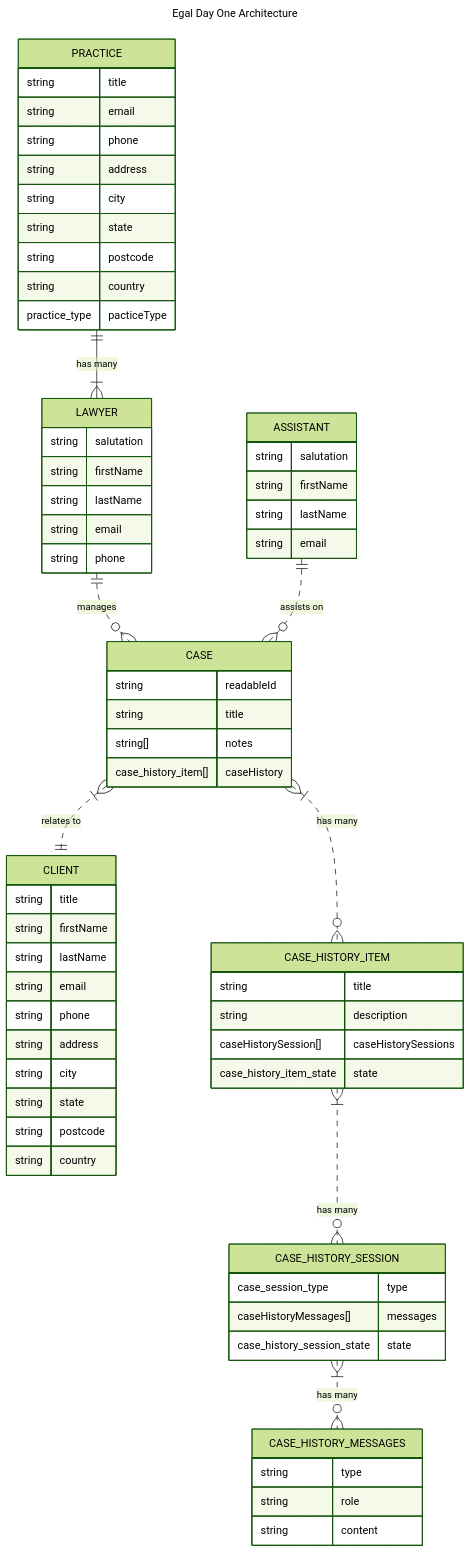
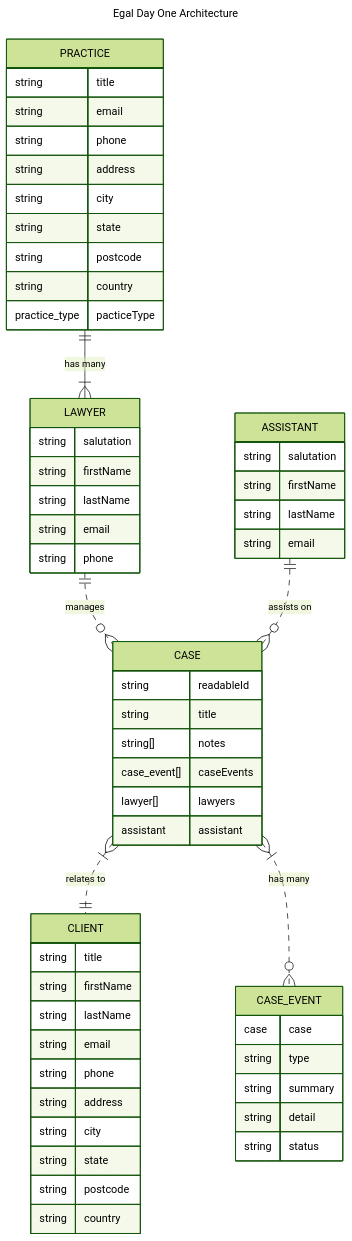
Before and after one commit to Leegavee/legal-tech: the diagram in docs/architecture/dayone-architecture.md, drawn with Mermaid (forest theme). The commit also changed 18 other files, not shown here.

````diff
--- a/docs/architecture/dayone-architecture.md
+++ b/docs/architecture/dayone-architecture.md
@@ -13,11 +13,8 @@
 
         CASE }|..|| CLIENT : "relates to"
         
-        CASE }|..o{ CASE_HISTORY_ITEM: "has many"
+        CASE }|..o{ CASE_EVENT: "has many"
 
-        CASE_HISTORY_ITEM }|..o{ CASE_HISTORY_SESSION: "has many"
-
-        CASE_HISTORY_SESSION }|..o{ CASE_HISTORY_MESSAGES: "has many"
 
         PRACTICE {
             string title
@@ -63,25 +60,17 @@
             string readableId
             string title
             string[] notes
-            case_history_item[] caseHistory
+            case_event[] caseEvents
+            lawyer[] lawyers
+            assistant assistant
         }
         
-        CASE_HISTORY_ITEM {
-            string title
-            string description
-            caseHistorySession[] caseHistorySessions
-            case_history_item_state state
+        CASE_EVENT {
+            case case
+            string type
+            string summary
+            string detail
+            string status
         }
         
-        CASE_HISTORY_SESSION {
-            case_session_type type
-            caseHistoryMessages[] messages
-            case_history_session_state state
-        }
-
-        CASE_HISTORY_MESSAGES {
-            string type
-            string role
-            string content
-        }
 ```
````
